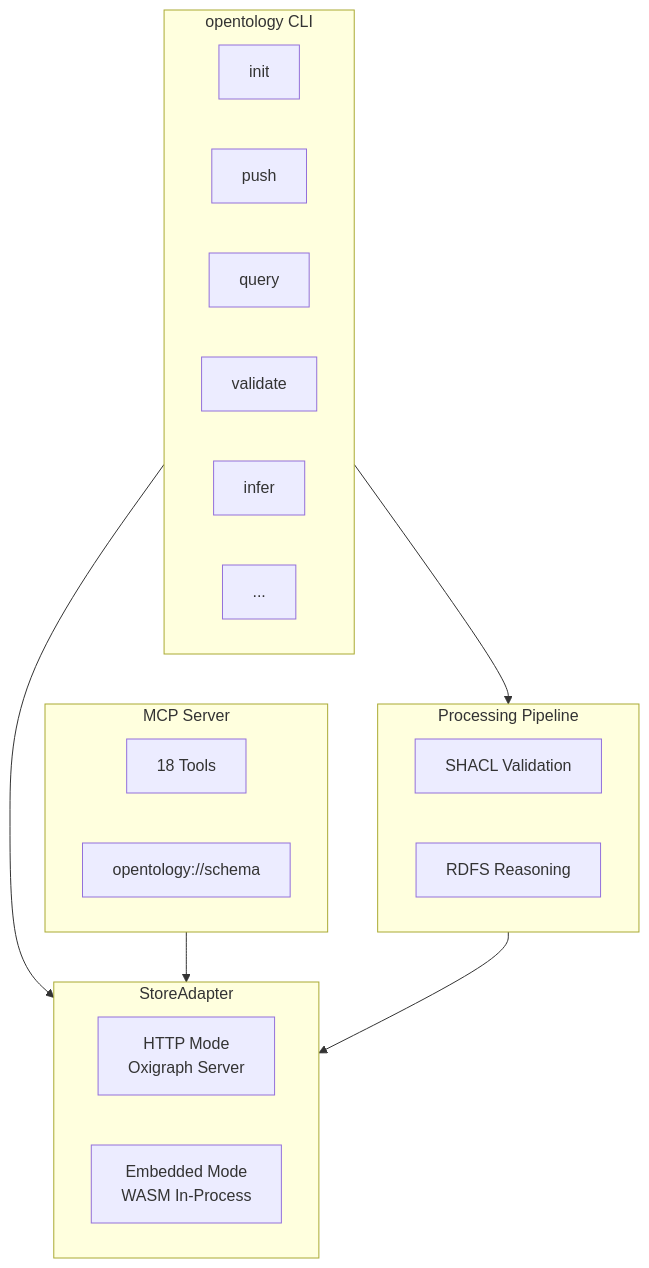
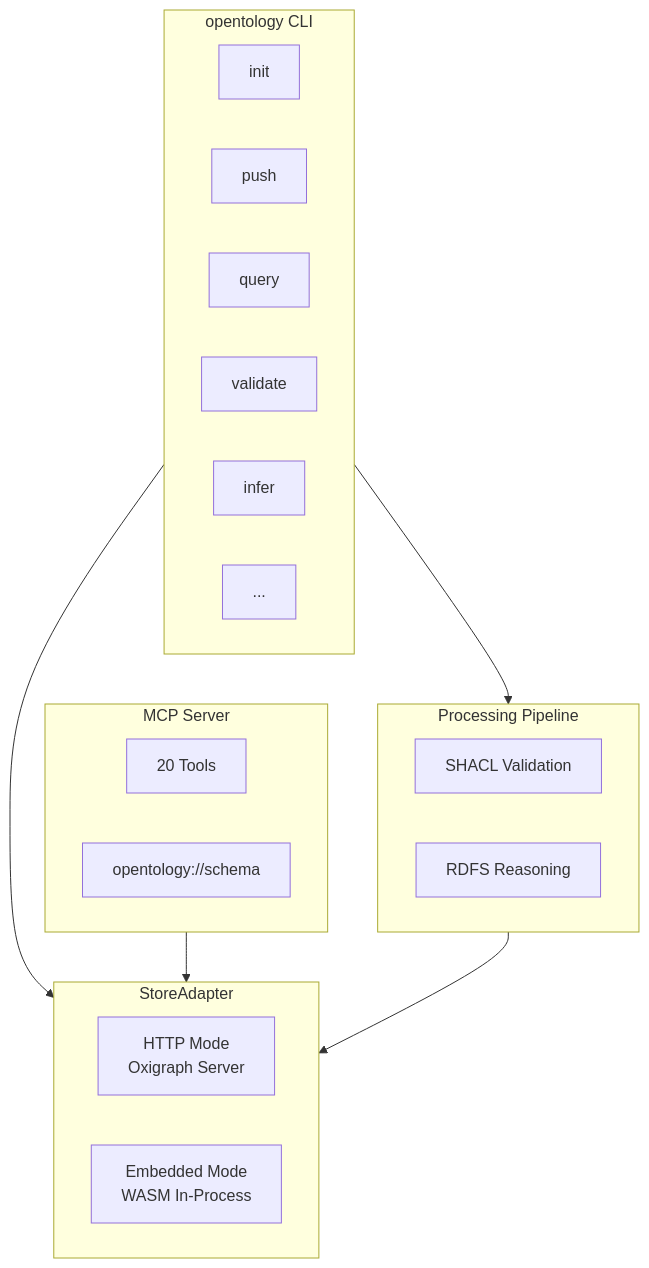
One commit to Younkyum/opentology changed the first of 6 diagrams in README.md. Above: the diagram before and after it, drawn with Mermaid. The commit also changed other lines of this file, not shown here.

First line of the commit message:
docs: update README for v0.2.0 — 20 MCP tools, graph visualization

````diff
--- a/README.md
+++ b/README.md
@@ -13,31 +13,31 @@
 ```mermaid
 graph TB
     subgraph CLI["opentology CLI"]
         Init[init]
         Push[push]
         Query[query]
         Validate[validate]
         Infer[infer]
         More[...]
     end
 
     subgraph MCP["MCP Server"]
-        Tools[18 Tools]
+        Tools[20 Tools]
         Resource["opentology://schema"]
     end
 
     subgraph Adapter["StoreAdapter"]
         HTTP["HTTP Mode\nOxigraph Server"]
         Embedded["Embedded Mode\nWASM In-Process"]
     end
 
     subgraph Pipeline["Processing Pipeline"]
         SHACL["SHACL Validation"]
         RDFS["RDFS Reasoning"]
     end
 
     CLI --> Adapter
     MCP --> Adapter
     CLI --> Pipeline
     Pipeline --> Adapter
 ```
````
